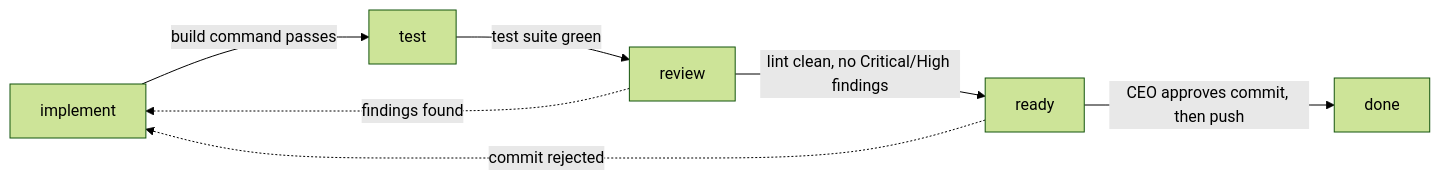
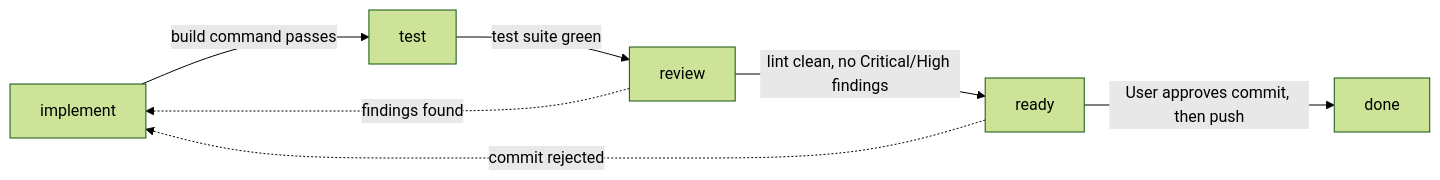
One commit to AlexWaha/agentry changed the first of 2 diagrams in README.md. Above: the diagram before and after it, drawn with Mermaid (forest theme). The commit also changed other lines of this file and 142 other files, not shown here.

First line of the commit message:
[task-0094] chore: rename the human role from CEO to User across the harness

````diff
--- a/README.md
+++ b/README.md
@@ -63,9 +63,9 @@
 ```mermaid
 flowchart LR
     A[implement] -->|build command passes| B[test]
     B -->|test suite green| C[review]
     C -->|lint clean, no Critical/High findings| D[ready]
-    D -->|CEO approves commit, then push| E[done]
+    D -->|User approves commit, then push| E[done]
     C -.->|findings found| A
     D -.->|commit rejected| A
 ```
````
